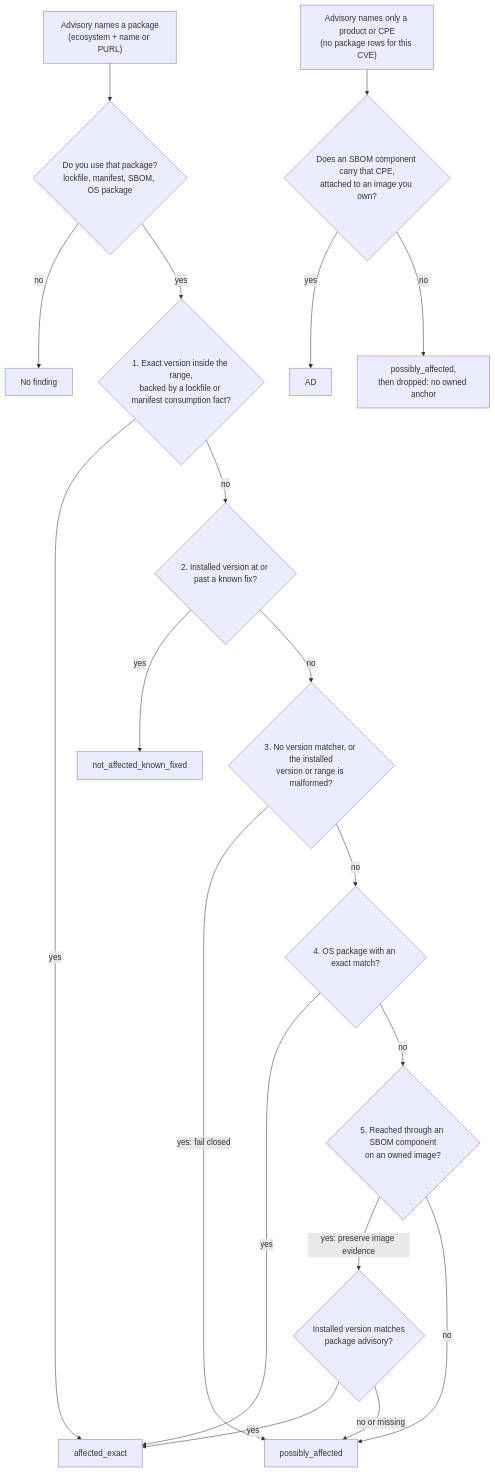
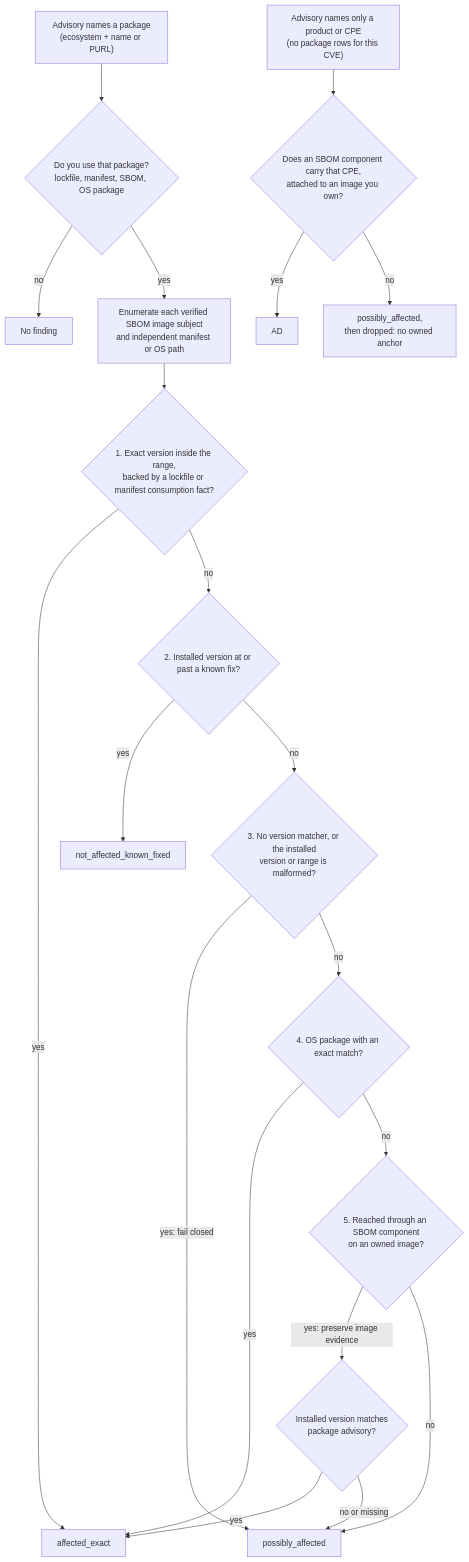
The third of 3 diagrams in docs/internal/design/advisory-intelligence-correlation-flow.md (eshu-hq/eshu), drawn with Mermaid before and after one commit. The commit also changed other lines of this file and 4 other files, not shown here.

First line of the commit message:
Reconcile all vendor OS versions for each SBOM image

````diff
--- a/docs/internal/design/advisory-intelligence-correlation-flow.md
+++ b/docs/internal/design/advisory-intelligence-correlation-flow.md
@@ -128,21 +128,22 @@
 ```mermaid
 flowchart TD
   A["Advisory names a package<br/>(ecosystem + name or PURL)"] --> B{"Do you use that package?<br/>lockfile, manifest, SBOM, OS package"}
   B -- no --> X["No finding"]
-  B -- yes --> S1{"1. Exact version inside the range,<br/>backed by a lockfile or manifest consumption fact?"}
+  B -- yes --> E["Enumerate each verified SBOM image subject<br/>and independent manifest or OS path"]
+  E --> S1{"1. Exact version inside the range,<br/>backed by a lockfile or manifest consumption fact?"}
   S1 -- yes --> AE["affected_exact"]
   S1 -- no --> S2{"2. Installed version at or past a known fix?"}
   S2 -- yes --> NF["not_affected_known_fixed"]
   S2 -- no --> S3{"3. No version matcher, or the installed<br/>version or range is malformed?"}
   S3 -- "yes: fail closed" --> P["possibly_affected"]
   S3 -- no --> S4{"4. OS package with an exact match?"}
   S4 -- yes --> AE
   S4 -- no --> S5{"5. Reached through an SBOM component<br/>on an owned image?"}
   S5 -- "yes: preserve image evidence" --> V{"Installed version matches<br/>package advisory?"}
   V -- yes --> AE
   V -- "no or missing" --> P
   S5 -- no --> P
   A2["Advisory names only a product or CPE<br/>(no package rows for this CVE)"] --> F{"Does an SBOM component carry that CPE,<br/>attached to an image you own?"}
   F -- yes --> AD
   F -- no --> W["possibly_affected,<br/>then dropped: no owned anchor"]
 ```
````
